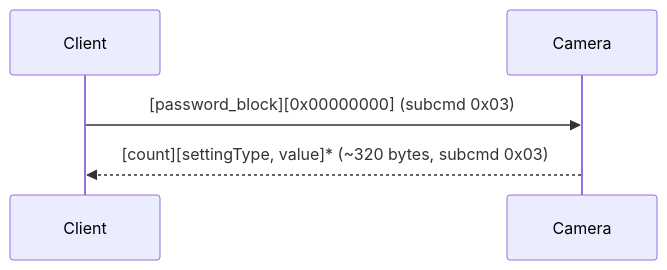
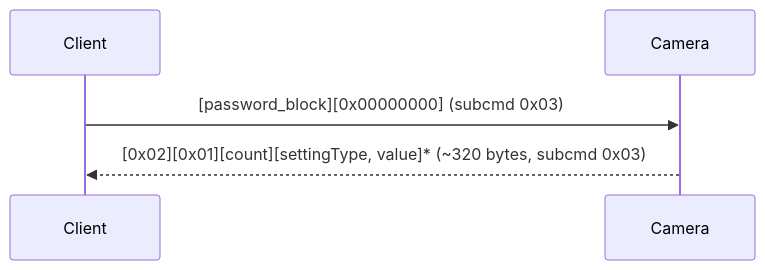
The third of 6 diagrams in docs/PROTOCOL.md (LouisBrunner/ha-gwell-ipcam), drawn with Mermaid before and after one commit. The commit also changed other lines of this file and 34 other files, not shown here.

````diff
--- a/docs/PROTOCOL.md
+++ b/docs/PROTOCOL.md
@@ -85,7 +112,7 @@
 ```mermaid
 sequenceDiagram
     participant C as Client
     participant Cam as Camera
     C->>Cam: [password_block][0x00000000] (subcmd 0x03)
-    Cam-->>C: [count][settingType, value]* (~320 bytes, subcmd 0x03)
+    Cam-->>C: [0x02][0x01][count][settingType, value]* (~320 bytes, subcmd 0x03)
 ```
````
